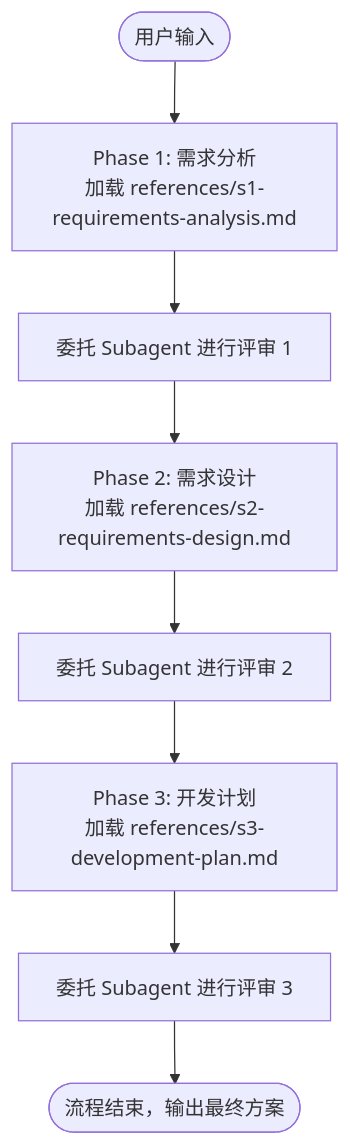
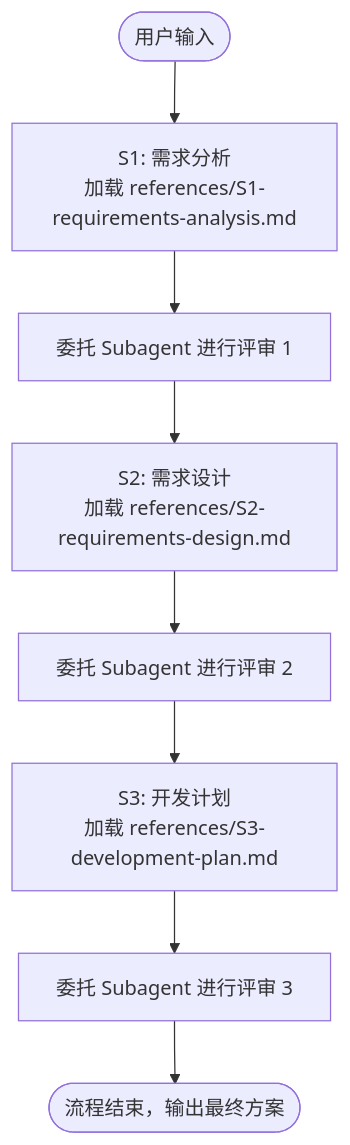
One commit to aiimoyu/hyper-designer changed the first of 2 diagrams in src/builtin/skills/requirements-design/SKILL.md. Above: the diagram before and after it, drawn with Mermaid. The commit also changed other lines of this file and 12 other files, not shown here.

First line of the commit message:
docs(requirements-design): 更新文档模板和检查表文件命名

````diff
--- a/src/builtin/skills/requirements-design/SKILL.md
+++ b/src/builtin/skills/requirements-design/SKILL.md
@@ -36,16 +36,16 @@
 ```mermaid
 flowchart TD
-    Start([用户输入]) --> P1[Phase 1: 需求分析<br/>加载 references/s1-requirements-analysis.md]
+    Start([用户输入]) --> P1[S1: 需求分析<br/>加载 references/S1-requirements-analysis.md]
     
     P1 --> R1[委托 Subagent 进行评审 1]
     
-    R1 --> P2[Phase 2: 需求设计<br/>加载 references/s2-requirements-design.md]
+    R1 --> P2[S2: 需求设计<br/>加载 references/S2-requirements-design.md]
     
     P2 --> R2[委托 Subagent 进行评审 2]
     
-    R2 --> P3[Phase 3: 开发计划<br/>加载 references/s3-development-plan.md]
+    R2 --> P3[S3: 开发计划<br/>加载 references/S3-development-plan.md]
     
     P3 --> R3[委托 Subagent 进行评审 3]
     
     R3 --> End([流程结束，输出最终方案])
 ```
````
